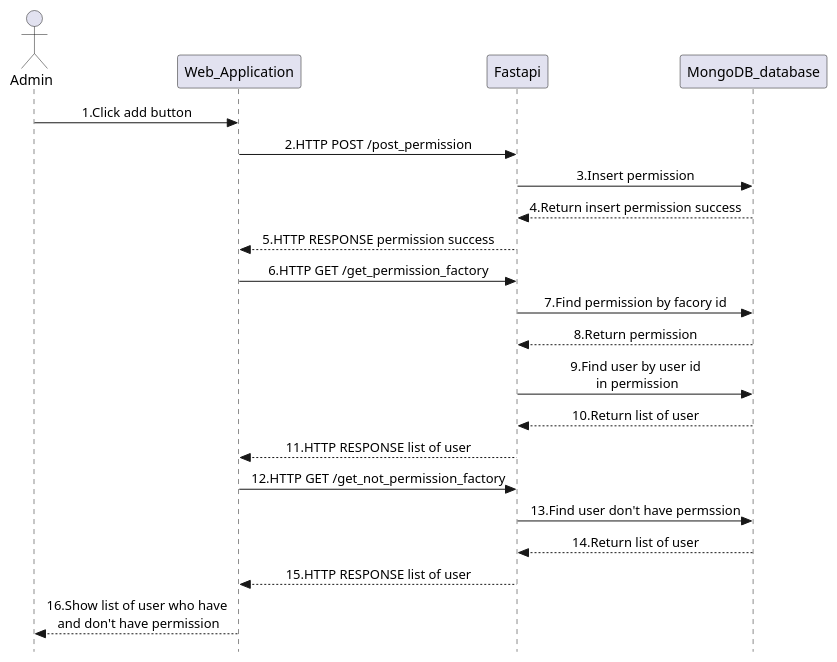
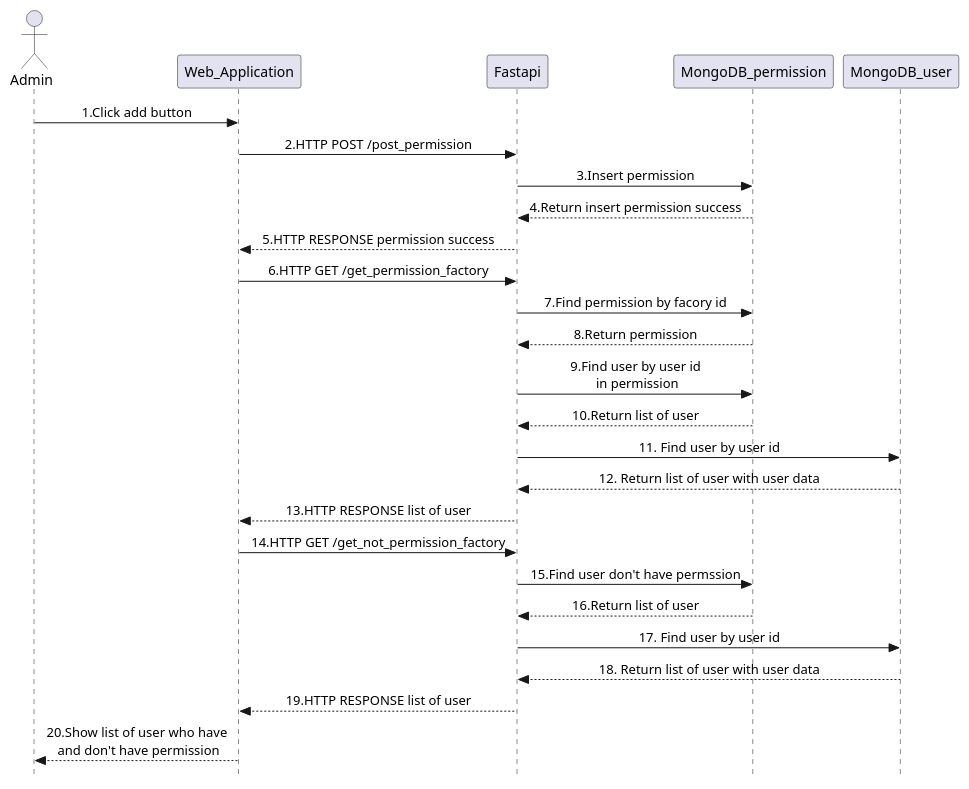
One commit to pasin2545/sequence-diagram changed the diagram in Admin_addPermission.plantuml. Above: the diagram before and after it, drawn with PlantUML. The commit also changed 19 other files, not shown here.

Commit message:
update DB in sequence diagram

```diff
--- a/Admin_addPermission.plantuml
+++ b/Admin_addPermission.plantuml
@@ -1,24 +1,29 @@
 @startuml Roof_Surface_Admin_addPermission
 skinparam Style strictuml
 skinparam SequenceMessageAlignment center
 actor Admin as admin
 participant Web_Application as web_app
 participant Fastapi as fastapi
-participant MongoDB_database as base
+participant MongoDB_permission as permission
+participant MongoDB_user as user
 admin -> web_app : 1.Click add button
 web_app -> fastapi : 2.HTTP POST /post_permission
-fastapi -> base : 3.Insert permission
-base --> fastapi : 4.Return insert permission success
+fastapi -> permission : 3.Insert permission
+permission --> fastapi : 4.Return insert permission success
 fastapi --> web_app :5.HTTP RESPONSE permission success
 web_app -> fastapi : 6.HTTP GET /get_permission_factory
-fastapi -> base : 7.Find permission by facory id
-base --> fastapi : 8.Return permission
-fastapi -> base : 9.Find user by user id\n in permission
-base --> fastapi : 10.Return list of user
-fastapi --> web_app : 11.HTTP RESPONSE list of user
-web_app -> fastapi : 12.HTTP GET /get_not_permission_factory
-fastapi -> base : 13.Find user don't have permssion
-base --> fastapi : 14.Return list of user
-fastapi --> web_app : 15.HTTP RESPONSE list of user
-web_app --> admin : 16.Show list of user who have\n and don't have permission
+fastapi -> permission : 7.Find permission by facory id
+permission --> fastapi : 8.Return permission
+fastapi -> permission : 9.Find user by user id\n in permission
+permission --> fastapi : 10.Return list of user
+fastapi -> user : 11. Find user by user id
+user --> fastapi : 12. Return list of user with user data
+fastapi --> web_app : 13.HTTP RESPONSE list of user
+web_app -> fastapi : 14.HTTP GET /get_not_permission_factory
+fastapi -> permission : 15.Find user don't have permssion
+permission --> fastapi : 16.Return list of user
+fastapi -> user : 17. Find user by user id
+user --> fastapi : 18. Return list of user with user data
+fastapi --> web_app : 19.HTTP RESPONSE list of user
+web_app --> admin : 20.Show list of user who have\n and don't have permission
 @enduml
```
